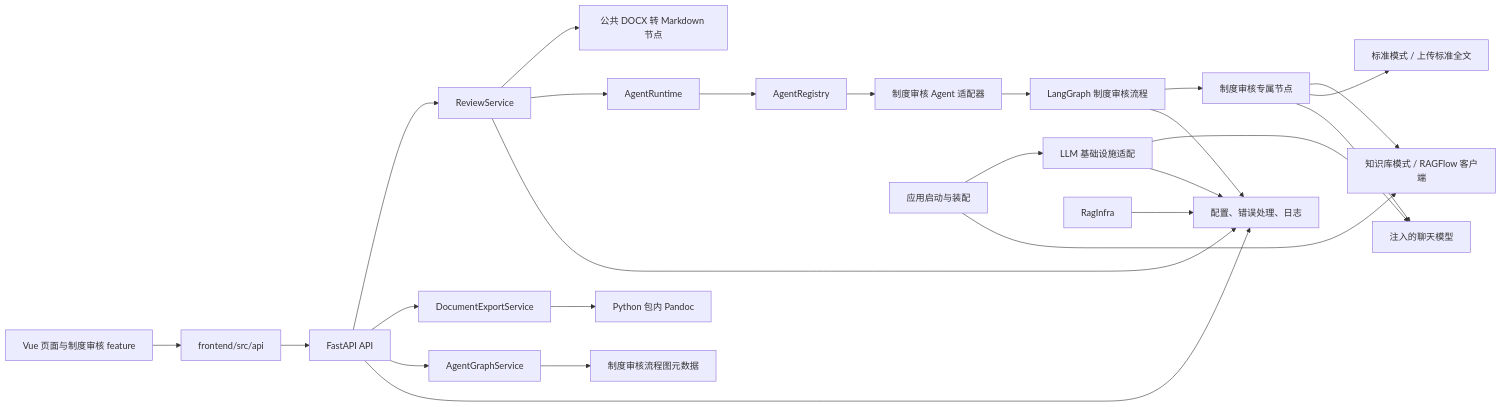
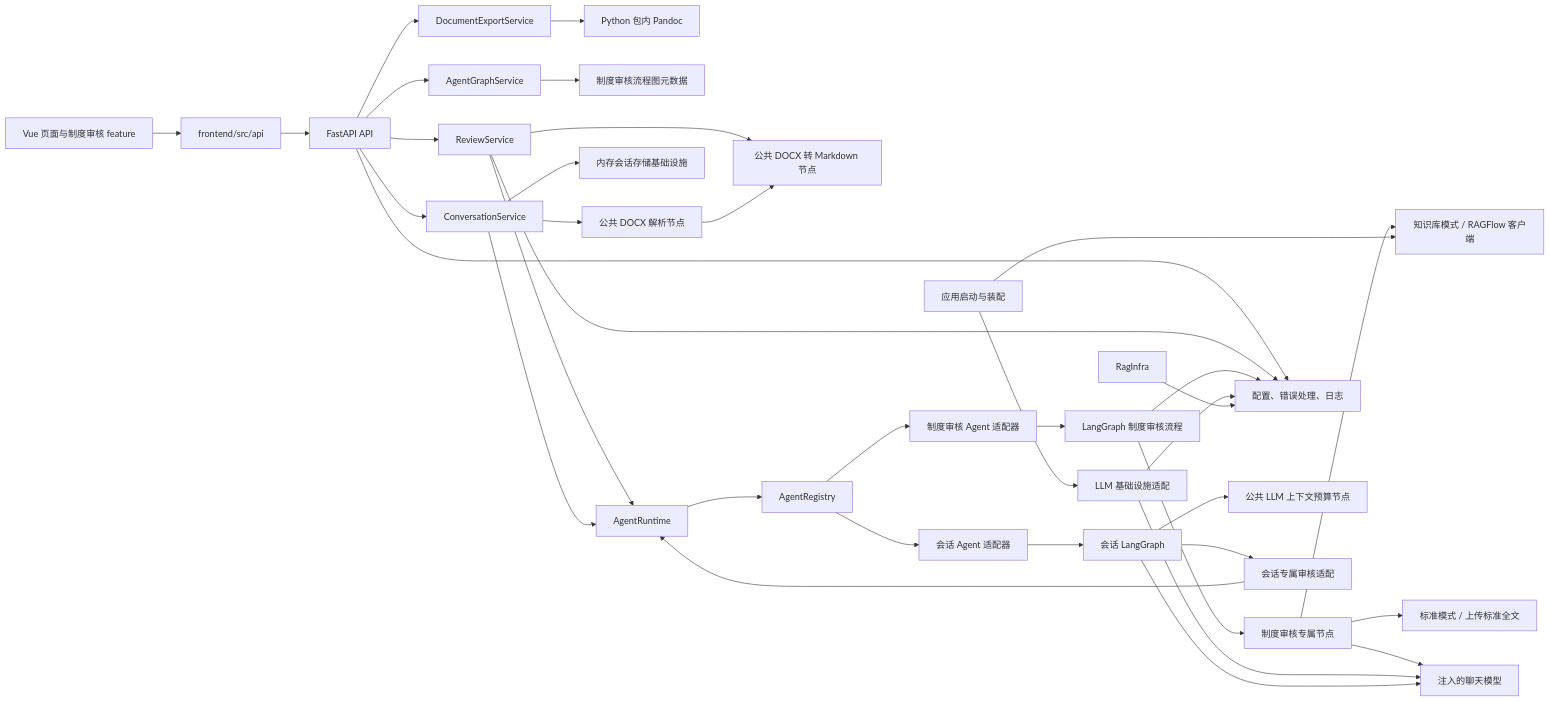
One commit to LiuEhe/AgentPlatform changed the diagram in docs/ai-coding/architecture-rules.md. Above: the diagram before and after it, drawn with Mermaid. The commit also changed other lines of this file and 5 other files, not shown here.

````diff
--- a/docs/ai-coding/architecture-rules.md
+++ b/docs/ai-coding/architecture-rules.md
@@ -7,27 +7,38 @@
 ```mermaid
 flowchart LR
   UI[Vue 页面与制度审核 feature] --> APIClient[frontend/src/api]
   APIClient --> HTTP[FastAPI API]
   HTTP --> ReviewService[ReviewService]
   HTTP --> ExportService[DocumentExportService]
   ExportService --> Pandoc[Python 包内 Pandoc]
   HTTP --> AgentGraphService[AgentGraphService]
   AgentGraphService --> GraphMetadata[制度审核流程图元数据]
   ReviewService --> DocNode[公共 DOCX 转 Markdown 节点]
   ReviewService --> Runtime[AgentRuntime]
   Runtime --> Registry[AgentRegistry]
   Registry --> Adapter[制度审核 Agent 适配器]
   Adapter --> Graph[LangGraph 制度审核流程]
   Graph --> AgentNodes[制度审核专属节点]
   AgentNodes --> RagClient[知识库模式 / RAGFlow 客户端]
   AgentNodes --> Standard[标准模式 / 上传标准全文]
   AgentNodes --> Model[注入的聊天模型]
   Main[应用启动与装配] --> LLMInfra[LLM 基础设施适配]
   LLMInfra --> Model
   Main --> RagClient
   HTTP --> Core[配置、错误处理、日志]
+  HTTP --> ConversationService[ConversationService]
+  ConversationService --> SessionStore[内存会话存储基础设施]
+  ConversationService --> ParseNode[公共 DOCX 解析节点]
+  ParseNode --> DocNode
+  ConversationService --> Runtime
+  Registry --> ConversationAdapter[会话 Agent 适配器]
+  ConversationAdapter --> ConversationGraph[会话 LangGraph]
+  ConversationGraph --> ContextNode[公共 LLM 上下文预算节点]
+  ConversationGraph --> Model
+  ConversationGraph --> ReviewTool[会话专属审核适配]
+  ReviewTool --> Runtime
   ReviewService --> Core
   Graph --> Core
   LLMInfra --> Core
   RagInfra --> Core
 ```
````
